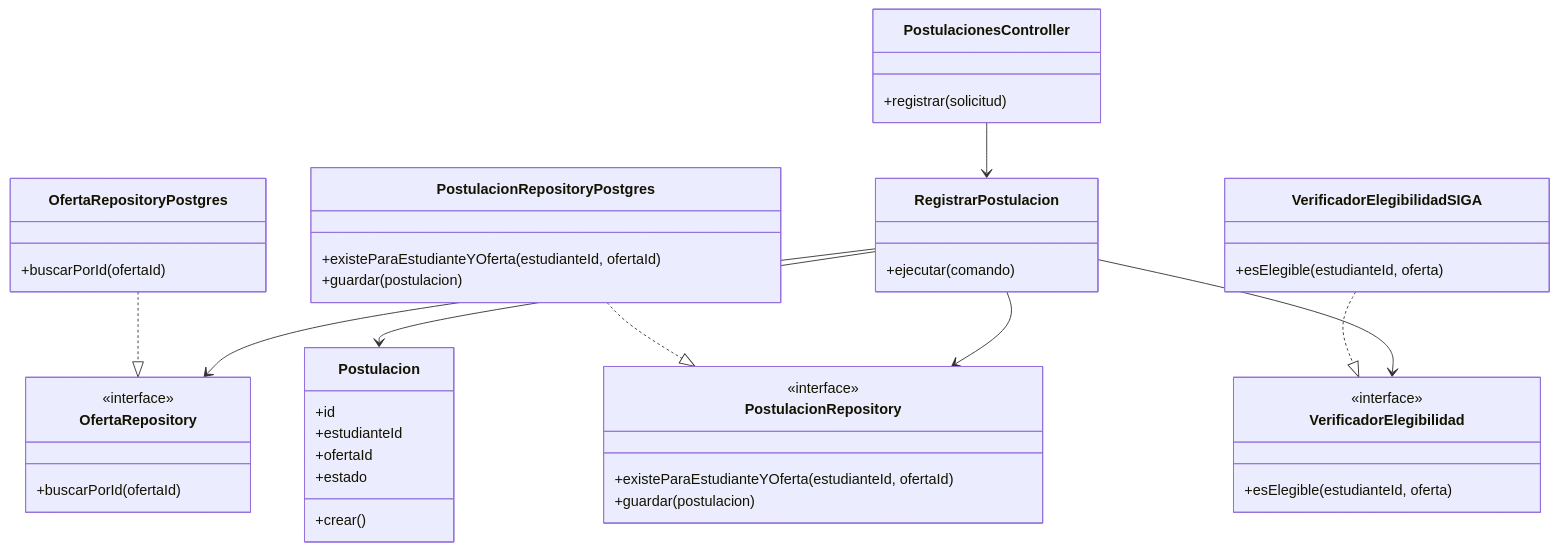
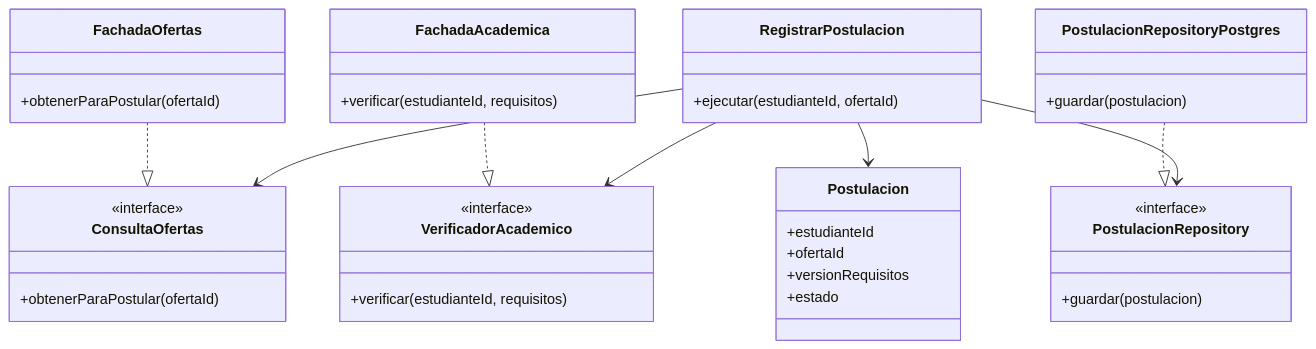
One commit to Jhoncode987/Sistema-de-Gestion-y-Publicacion-Practicas-Preprofesionales changed the fourth of 5 diagrams in docs/02-arquitectura/diagramas-c4/diagramas-c4.md. Above: the diagram before and after it, drawn with Mermaid. The commit also changed other lines of this file and 16 other files, not shown here.

````diff
--- a/docs/02-arquitectura/diagramas-c4/diagramas-c4.md
+++ b/docs/02-arquitectura/diagramas-c4/diagramas-c4.md
@@ -158,48 +79,40 @@
-```mermaid
+~~~mermaid
 classDiagram
-    class PostulacionesController {
-        +registrar(solicitud)
+    class RegistrarPostulacion {
+        +ejecutar(estudianteId, ofertaId)
     }
-    class RegistrarPostulacion {
-        +ejecutar(comando)
+    class ConsultaOfertas {
+        <<interface>>
+        +obtenerParaPostular(ofertaId)
     }
-    class Postulacion {
-        +id
-        +estudianteId
-        +ofertaId
-        +estado
-        +crear()
+    class FachadaOfertas {
+        +obtenerParaPostular(ofertaId)
     }
-    class OfertaRepository {
+    class VerificadorAcademico {
         <<interface>>
-        +buscarPorId(ofertaId)
+        +verificar(estudianteId, requisitos)
+    }
+    class FachadaAcademica {
+        +verificar(estudianteId, requisitos)
     }
     class PostulacionRepository {
         <<interface>>
-        +existeParaEstudianteYOferta(estudianteId, ofertaId)
         +guardar(postulacion)
     }
-    class VerificadorElegibilidad {
-        <<interface>>
-        +esElegible(estudianteId, oferta)
-    }
-    class OfertaRepositoryPostgres {
-        +buscarPorId(ofertaId)
-    }
     class PostulacionRepositoryPostgres {
-        +existeParaEstudianteYOferta(estudianteId, ofertaId)
         +guardar(postulacion)
     }
-    class VerificadorElegibilidadSIGA {
-        +esElegible(estudianteId, oferta)
+    class Postulacion {
+        +estudianteId
+        +ofertaId
+        +versionRequisitos
+        +estado
     }
-
-    PostulacionesController --> RegistrarPostulacion
-    RegistrarPostulacion --> OfertaRepository
+    RegistrarPostulacion --> ConsultaOfertas
+    RegistrarPostulacion --> VerificadorAcademico
     RegistrarPostulacion --> PostulacionRepository
-    RegistrarPostulacion --> VerificadorElegibilidad
     RegistrarPostulacion --> Postulacion
-    OfertaRepositoryPostgres ..|> OfertaRepository
+    FachadaOfertas ..|> ConsultaOfertas
+    FachadaAcademica ..|> VerificadorAcademico
     PostulacionRepositoryPostgres ..|> PostulacionRepository
-    VerificadorElegibilidadSIGA ..|> VerificadorElegibilidad
-```
+~~~
````
